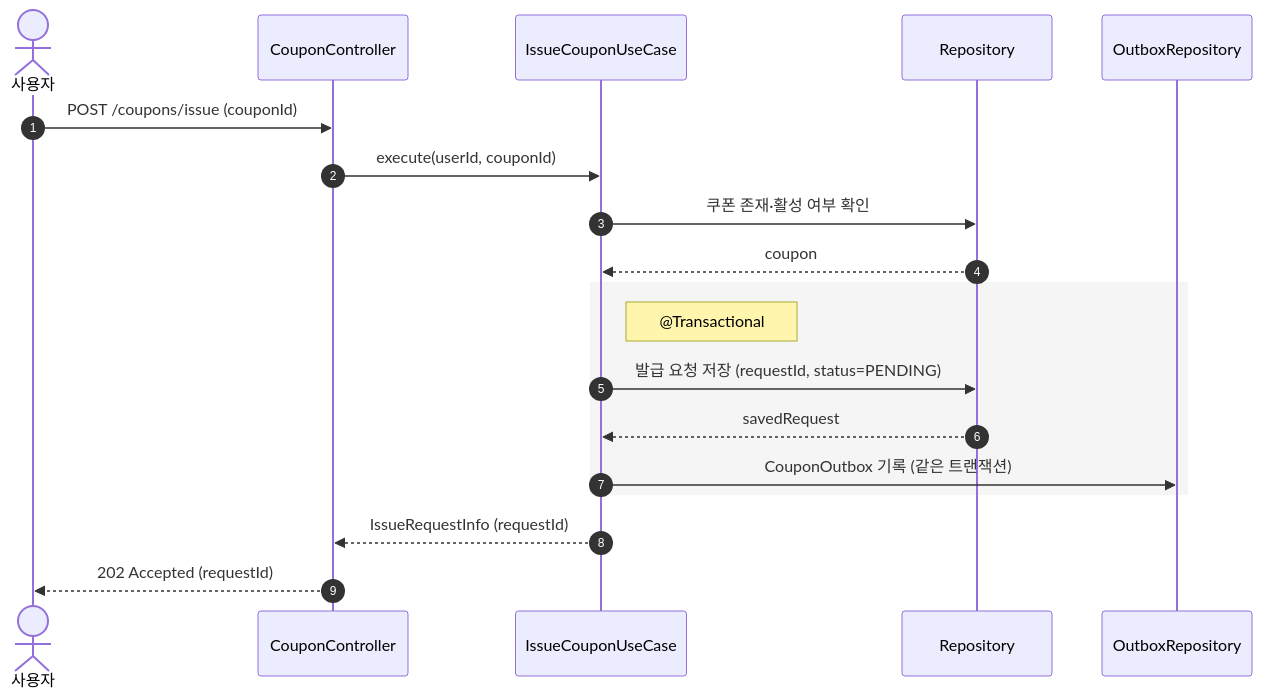
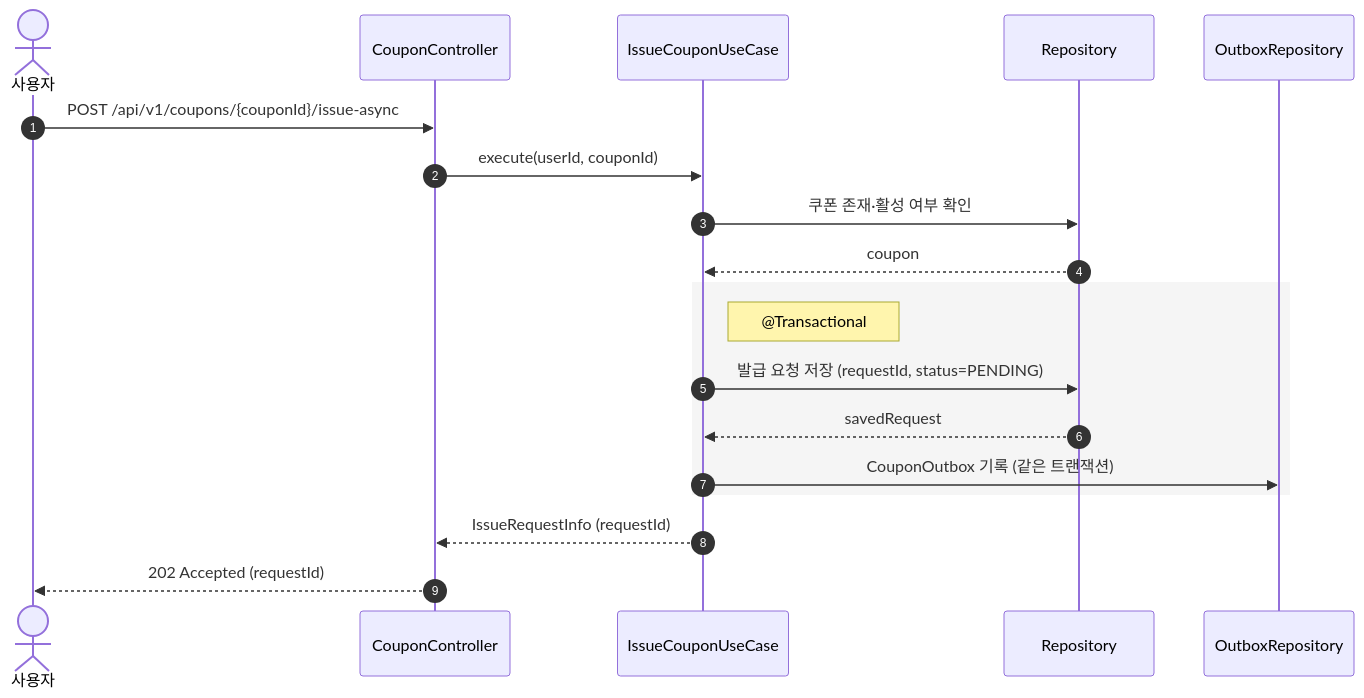
One commit to Loopers-dev-lab/loop-pack-be-l2-vol3-kotlin changed diagram 42 of 44 in docs/design/02-sequence-diagrams.md. Above: the diagram before and after it, drawn with Mermaid. The commit also changed other lines of this file and 14 other files, not shown here.

````diff
--- a/docs/design/02-sequence-diagrams.md
+++ b/docs/design/02-sequence-diagrams.md
@@ -1452,25 +1452,25 @@
 ```mermaid
 sequenceDiagram
     autonumber
     actor User as 사용자
     participant C as CouponController
     participant UC as IssueCouponUseCase
     participant R as Repository
     participant OR as OutboxRepository
 
-    User ->> C: POST /coupons/issue (couponId)
+    User ->> C: POST /api/v1/coupons/{couponId}/issue-async
     C ->> UC: execute(userId, couponId)
 
     UC ->> R: 쿠폰 존재·활성 여부 확인
     R -->> UC: coupon
 
     rect rgb(245, 245, 245)
         Note right of UC: @Transactional
         UC ->> R: 발급 요청 저장 (requestId, status=PENDING)
         R -->> UC: savedRequest
         UC ->> OR: CouponOutbox 기록 (같은 트랜잭션)
     end
 
     UC -->> C: IssueRequestInfo (requestId)
     C -->> User: 202 Accepted (requestId)
 ```
````
